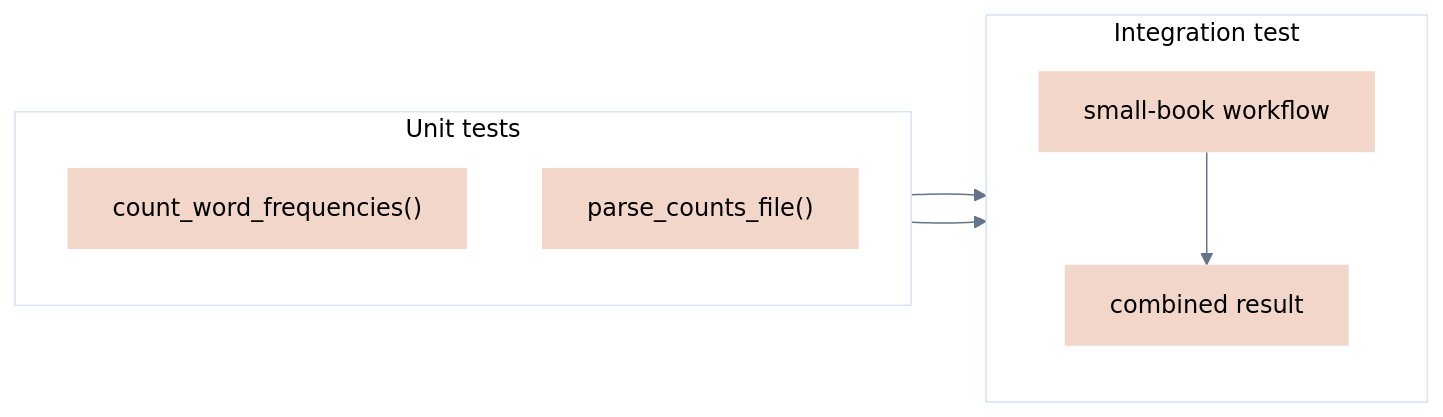
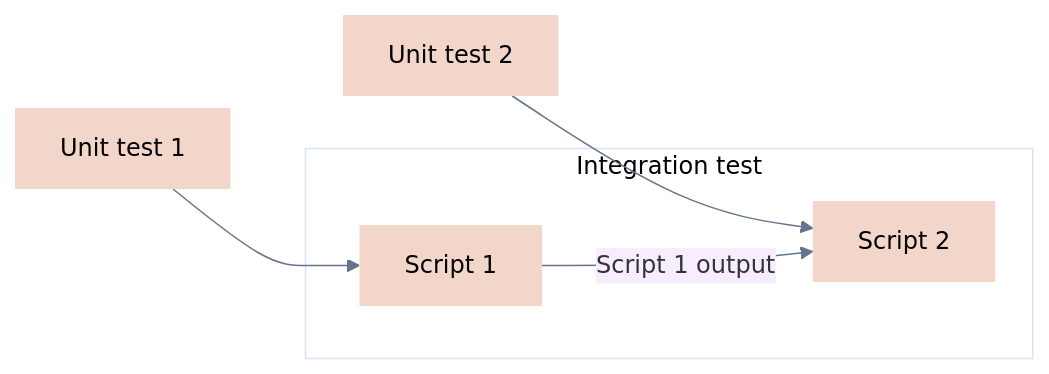
One commit to igorsdub/gecs changed the fourth of 5 diagrams in lessons/testing.qmd. Above: the diagram before and after it, drawn with Mermaid. The commit also changed other lines of this file, not shown here.

Commit message:
somewhat fix integration test diagram

````diff
--- a/lessons/testing.qmd
+++ b/lessons/testing.qmd
@@ -252,18 +252,11 @@
 ```{mermaid}
 %%{init: {"flowchart": {"curve": "basis"}, "theme": "base", "themeVariables": {"primaryColor": "#fff7ed", "primaryBorderColor": "#ea580c", "lineColor": "#64748b", "fontFamily": "Arial"}}}%%
 flowchart LR
-    subgraph units[Unit tests]
-        direction TB
-        U1["count_word_frequencies()"]:::part
-        U2["parse_counts_file()"]:::part
+    U1[Unit test 1]:::part --> S1
+    U2[Unit test 2]:::part --> S2
+    U1 ~~~ U2
+    subgraph integration[Integration test]
+        S1[Script 1]:::part -->|Script 1 output| S2[Script 2]:::part
     end
-    subgraph integration[Integration test]
-        direction TB
-        I[small-book workflow]:::part
-        R[combined result]:::part
-        I --> R
-    end
-    U1 --> I
-    U2 --> I
     classDef part fill:#f2d6c9,stroke:transparent,color:#000
 ```
````
